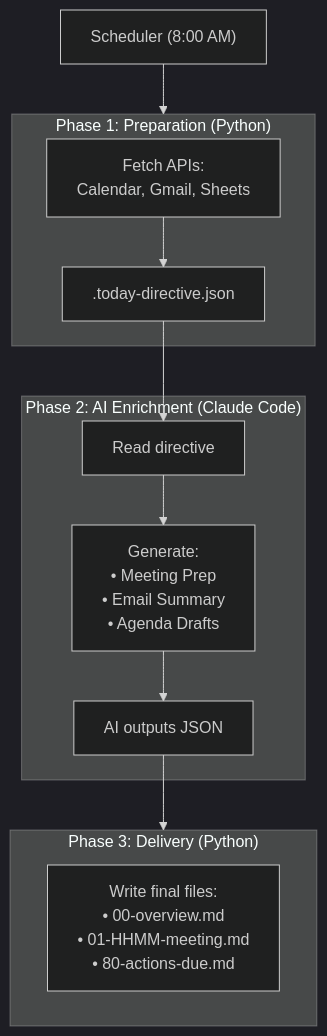
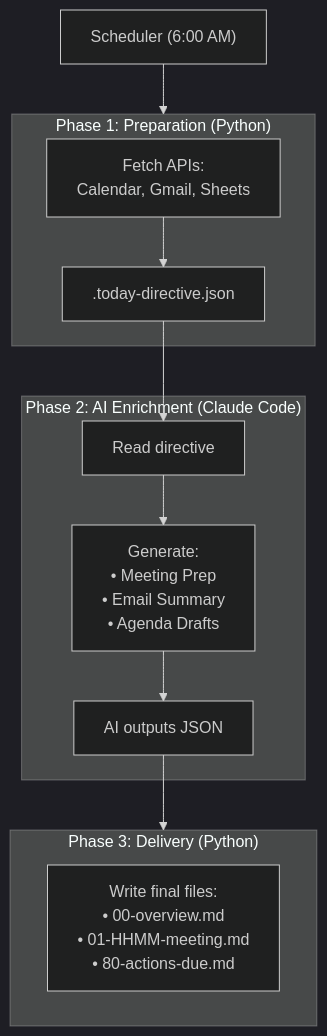
The fourth of 6 diagrams in daybreak/docs/ARCHITECTURE.md (jamesgiroux/daily-operating-system), drawn with Mermaid (dark theme) before and after one commit. The commit also changed other lines of this file and 3 other files, not shown here.

````diff
--- a/daybreak/docs/ARCHITECTURE.md
+++ b/daybreak/docs/ARCHITECTURE.md
@@ -503,25 +520,25 @@
 ```mermaid
 flowchart TB
-    Scheduler["Scheduler (8:00 AM)"]
+    Scheduler["Scheduler (6:00 AM)"]
 
     subgraph Phase1["Phase 1: Preparation (Python)"]
         Fetch["Fetch APIs:<br/>Calendar, Gmail, Sheets"]
         Directive[".today-directive.json"]
         Fetch --> Directive
     end
 
     subgraph Phase2["Phase 2: AI Enrichment (Claude Code)"]
         ReadDir["Read directive"]
         Generate["Generate:<br/>• Meeting Prep<br/>• Email Summary<br/>• Agenda Drafts"]
         AIOut["AI outputs JSON"]
         ReadDir --> Generate --> AIOut
     end
 
     subgraph Phase3["Phase 3: Delivery (Python)"]
         WriteFiles["Write final files:<br/>• 00-overview.md<br/>• 01-HHMM-meeting.md<br/>• 80-actions-due.md"]
     end
 
     Scheduler --> Phase1
     Directive --> ReadDir
     AIOut --> Phase3
 ```
````
